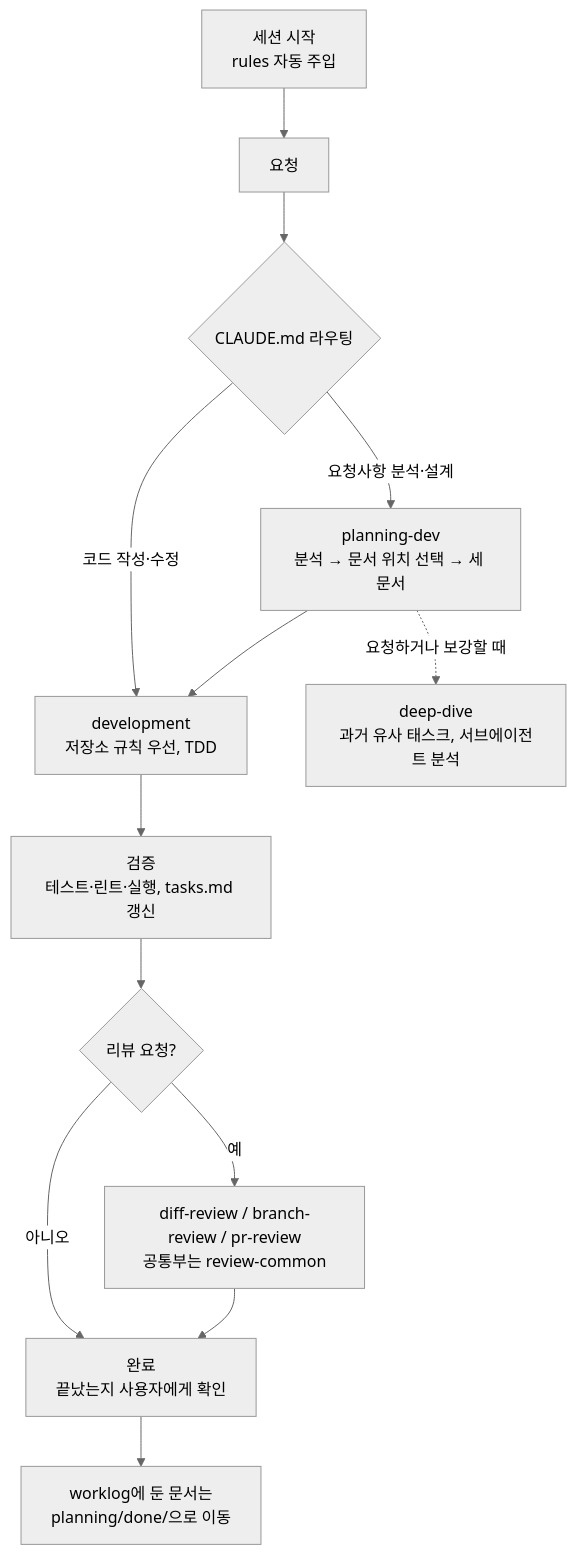
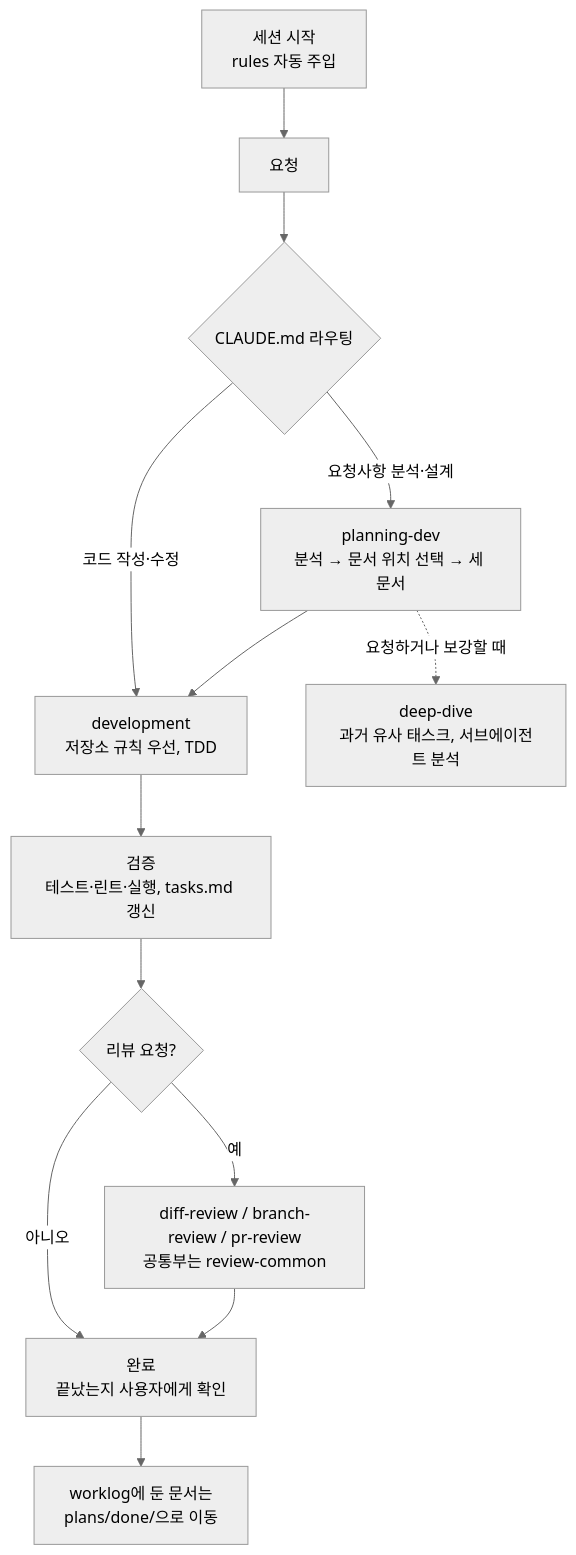
Before and after one commit to 1Dohyeon/claude-sync: the first of 2 diagrams in README.md, drawn with Mermaid (neutral theme). The commit also changed other lines of this file and 4 other files, not shown here.

````diff
--- a/README.md
+++ b/README.md
@@ -78,15 +78,15 @@
 ```mermaid
 flowchart TD
     A["세션 시작<br/>rules 자동 주입"] --> B["요청"]
     B --> C{"CLAUDE.md 라우팅"}
     C -->|"요청사항 분석·설계"| D["planning-dev<br/>분석 → 문서 위치 선택 → 세 문서"]
     C -->|"코드 작성·수정"| E["development<br/>저장소 규칙 우선, TDD"]
     D -.->|"요청하거나 보강할 때"| DD["deep-dive<br/>과거 유사 태스크, 서브에이전트 분석"]
     D --> E
     E --> F["검증<br/>테스트·린트·실행, tasks.md 갱신"]
     F --> G{"리뷰 요청?"}
     G -->|"예"| H["diff-review / branch-review / pr-review<br/>공통부는 review-common"]
     G -->|"아니오"| I["완료<br/>끝났는지 사용자에게 확인"]
     H --> I
-    I --> J["worklog에 둔 문서는<br/>planning/done/으로 이동"]
+    I --> J["worklog에 둔 문서는<br/>plans/done/으로 이동"]
 ```
````
